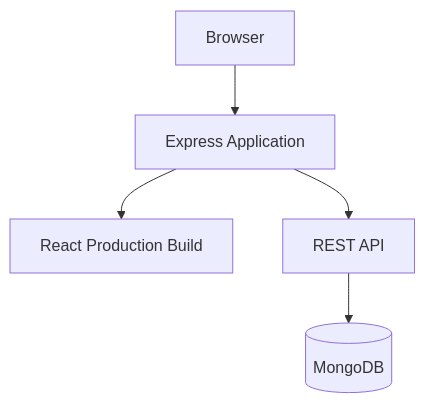
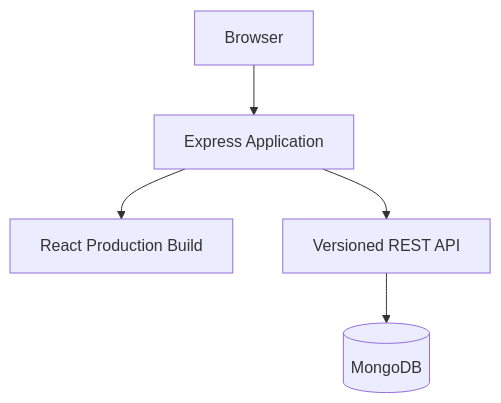
The third of 9 diagrams in docs/Architecture.md (Swayam-Aggarwal/ContractGuard), drawn with Mermaid before and after one commit. The commit also changed other lines of this file and 40 other files, not shown here.

````diff
--- a/docs/Architecture.md
+++ b/docs/Architecture.md
@@ -441,13 +120,13 @@
 ```mermaid
-flowchart TD
-    BROWSER["Browser"]
-    EXPRESS["Express Application"]
-    STATIC["React Production Build"]
-    API["REST API"]
-    DATABASE[("MongoDB")]
+flowchart TB
+    Browser["Browser"]
+    Express["Express Application"]
+    Static["React Production Build"]
+    API["Versioned REST API"]
+    Mongo[("MongoDB")]
 
-    BROWSER --> EXPRESS
-    EXPRESS --> STATIC
-    EXPRESS --> API
-    API --> DATABASE
+    Browser --> Express
+    Express --> Static
+    Express --> API
+    API --> Mongo
 ```
````
